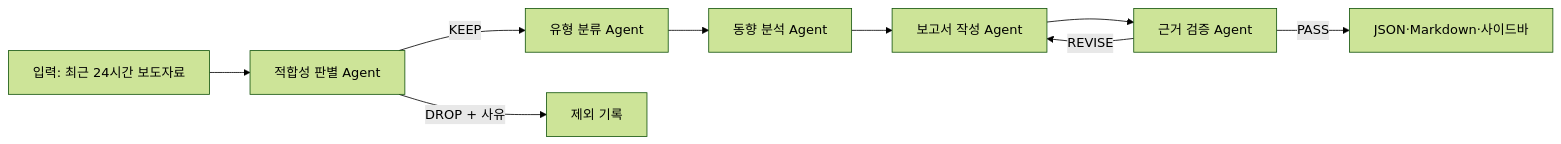
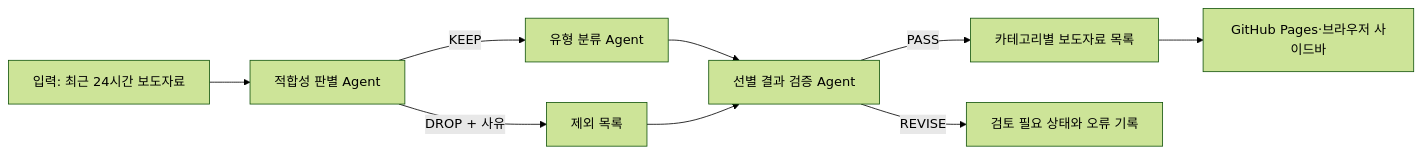
One commit to kain9012-bit/edu-news-alert changed the diagram in README.md. Above: the diagram before and after it, drawn with Mermaid (forest theme). The commit also changed other lines of this file and 25 other files, not shown here.

````diff
--- a/README.md
+++ b/README.md
@@ -17,11 +17,11 @@
 ```mermaid
 flowchart LR
     A[입력: 최근 24시간 보도자료] --> B[적합성 판별 Agent]
     B -->|KEEP| C[유형 분류 Agent]
-    B -->|DROP + 사유| H[제외 기록]
-    C --> D[동향 분석 Agent]
-    D --> E[보고서 작성 Agent]
-    E --> F[근거 검증 Agent]
-    F -->|REVISE| E
-    F -->|PASS| G[JSON·Markdown·사이드바]
+    B -->|DROP + 사유| D[제외 목록]
+    C --> E[선별 결과 검증 Agent]
+    D --> E
+    E -->|PASS| F[카테고리별 보도자료 목록]
+    E -->|REVISE| G[검토 필요 상태와 오류 기록]
+    F --> H[GitHub Pages·브라우저 사이드바]
 ```
````
